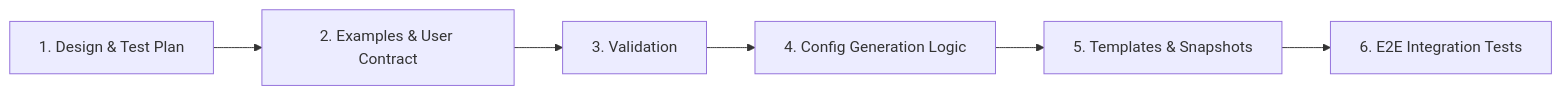
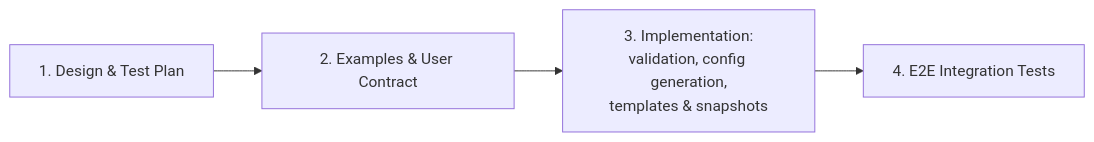
Before and after one commit to nginx/kubernetes-ingress: the second of 2 diagrams in docs/developer/jwt-claim-routing-high-level-design.md, drawn with Mermaid. The commit also changed other lines of this file, not shown here.

````diff
--- a/docs/developer/jwt-claim-routing-high-level-design.md
+++ b/docs/developer/jwt-claim-routing-high-level-design.md
@@ -676,8 +678,6 @@
 ```mermaid
 flowchart LR
     C1["1. Design & Test Plan"] --> C2["2. Examples & User Contract"]
-    C2 --> C3["3. Validation"]
-    C3 --> C4["4. Config Generation Logic"]
-    C4 --> C5["5. Templates & Snapshots"]
-    C5 --> C6["6. E2E Integration Tests"]
+    C2 --> C3["3. Implementation:<br>validation, config generation,<br>templates & snapshots"]
+    C3 --> C4["4. E2E Integration Tests"]
 ```
````
